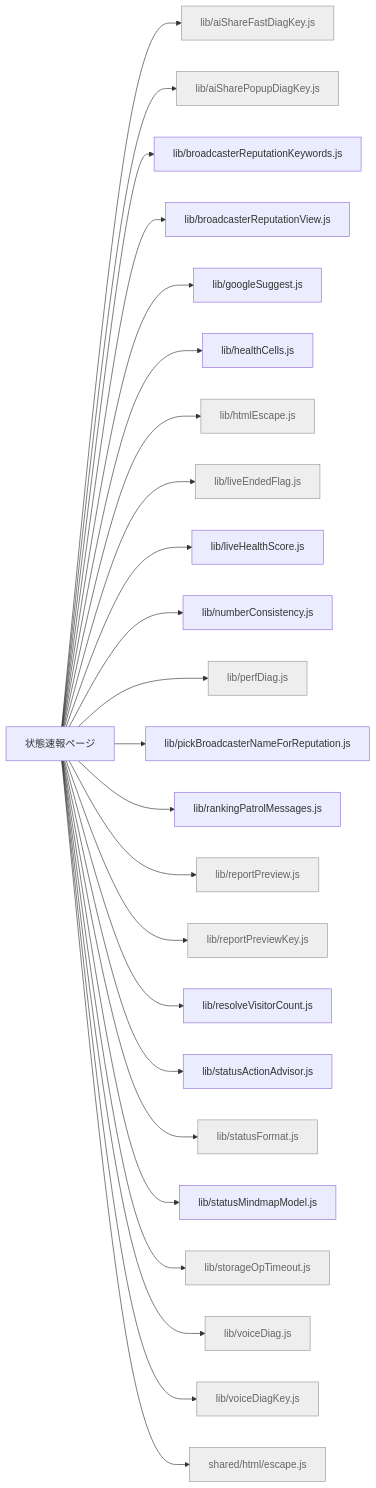
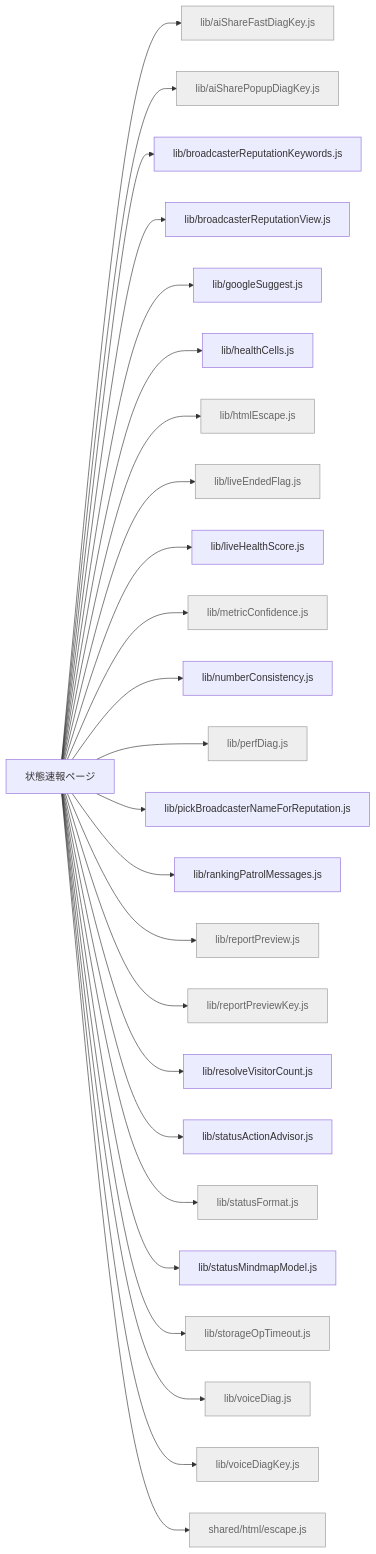
One commit to kimito-link/tsuioku-no-kirameki.com changed the diagram in docs/feature-map/status.md. Above: the diagram before and after it, drawn with Mermaid. The commit also changed 21 other files, not shown here.

````diff
--- a/docs/feature-map/status.md
+++ b/docs/feature-map/status.md
@@ -13,28 +13,29 @@
 ```mermaid
 graph LR
   n_status["状態速報ページ"]
   n_status --> n_src_lib_aiShareFastDiagKey_js["lib/aiShareFastDiagKey.js"]:::shared
   n_status --> n_src_lib_aiSharePopupDiagKey_js["lib/aiSharePopupDiagKey.js"]:::shared
   n_status --> n_src_lib_broadcasterReputationKeywords_js["lib/broadcasterReputationKeywords.js"]
   n_status --> n_src_lib_broadcasterReputationView_js["lib/broadcasterReputationView.js"]
   n_status --> n_src_lib_googleSuggest_js["lib/googleSuggest.js"]
   n_status --> n_src_lib_healthCells_js["lib/healthCells.js"]
   n_status --> n_src_lib_htmlEscape_js["lib/htmlEscape.js"]:::shared
   n_status --> n_src_lib_liveEndedFlag_js["lib/liveEndedFlag.js"]:::shared
   n_status --> n_src_lib_liveHealthScore_js["lib/liveHealthScore.js"]
+  n_status --> n_src_lib_metricConfidence_js["lib/metricConfidence.js"]:::shared
   n_status --> n_src_lib_numberConsistency_js["lib/numberConsistency.js"]
   n_status --> n_src_lib_perfDiag_js["lib/perfDiag.js"]:::shared
   n_status --> n_src_lib_pickBroadcasterNameForReputation_js["lib/pickBroadcasterNameForReputation.js"]
   n_status --> n_src_lib_rankingPatrolMessages_js["lib/rankingPatrolMessages.js"]
   n_status --> n_src_lib_reportPreview_js["lib/reportPreview.js"]:::shared
   n_status --> n_src_lib_reportPreviewKey_js["lib/reportPreviewKey.js"]:::shared
   n_status --> n_src_lib_resolveVisitorCount_js["lib/resolveVisitorCount.js"]
   n_status --> n_src_lib_statusActionAdvisor_js["lib/statusActionAdvisor.js"]
   n_status --> n_src_lib_statusFormat_js["lib/statusFormat.js"]:::shared
   n_status --> n_src_lib_statusMindmapModel_js["lib/statusMindmapModel.js"]
   n_status --> n_src_lib_storageOpTimeout_js["lib/storageOpTimeout.js"]:::shared
   n_status --> n_src_lib_voiceDiag_js["lib/voiceDiag.js"]:::shared
   n_status --> n_src_lib_voiceDiagKey_js["lib/voiceDiagKey.js"]:::shared
   n_status --> n_src_shared_html_escape_js["shared/html/escape.js"]:::shared
   classDef shared fill:#eee,stroke:#999,color:#666;
 ```
````
